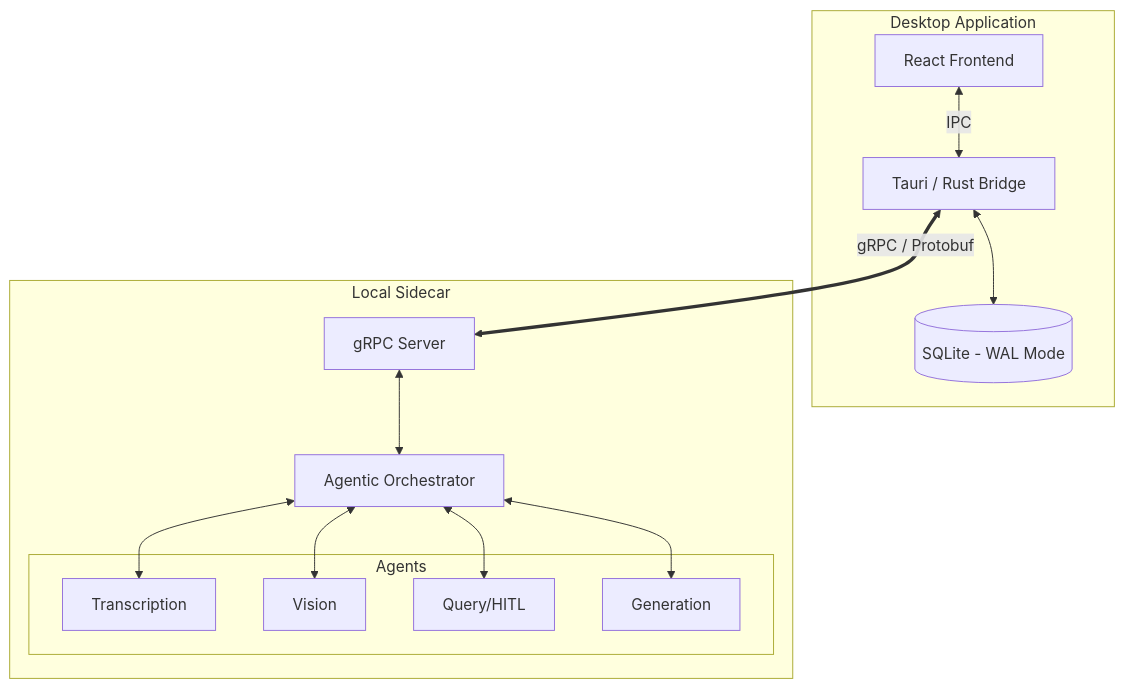
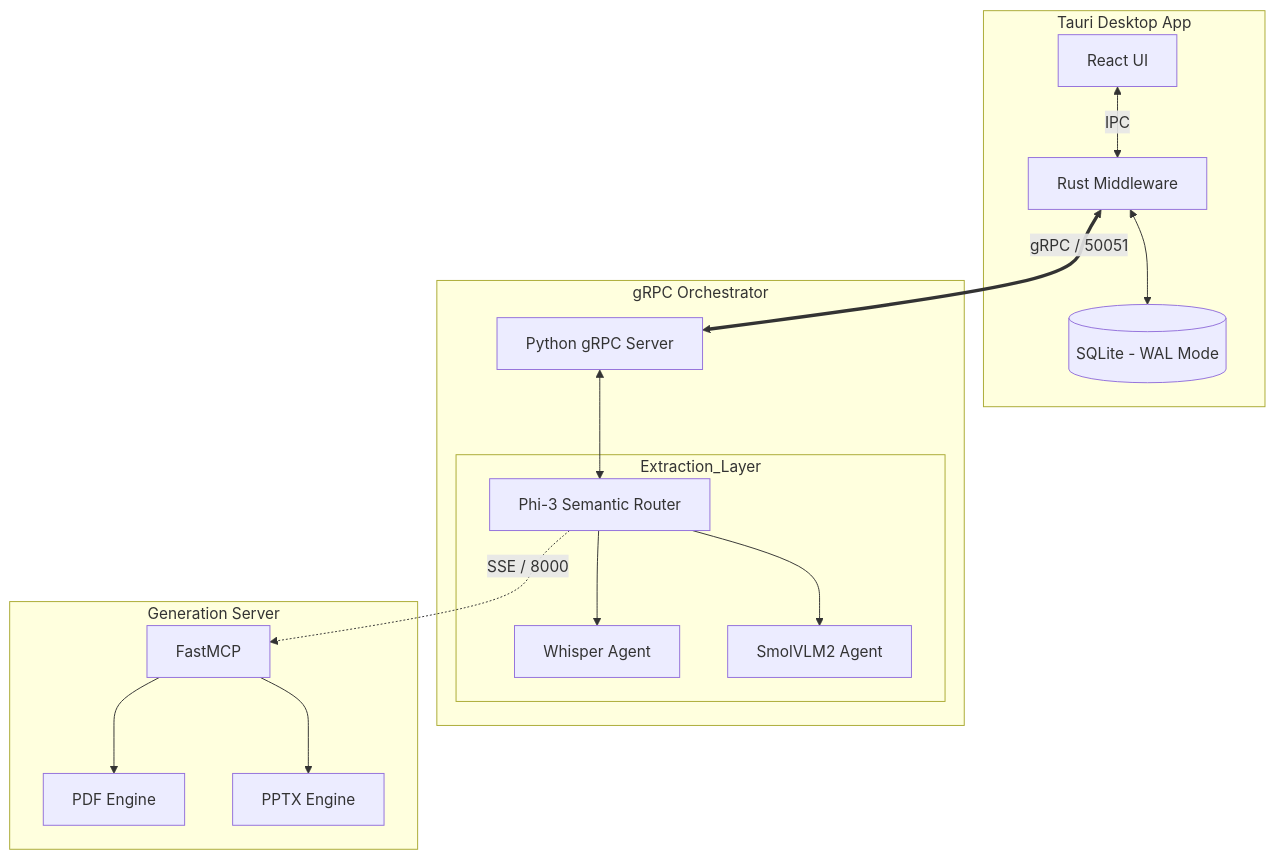
Before and after one commit to mahmadza/Intel-VDA-OpenVINO: the diagram in docs/architecture/architecture.md, drawn with Mermaid. The commit also changed other lines of this file and 11 other files, not shown here.

````diff
--- a/docs/architecture/architecture.md
+++ b/docs/architecture/architecture.md
@@ -28,25 +33,23 @@
 ```mermaid
 graph TD
-    subgraph Client_App [Desktop Application]
-        UI[React Frontend]
-        Rust[Tauri / Rust Bridge]
-        DB[(SQLite - WAL Mode)]
+    subgraph Client_App [Tauri Desktop App]
+        UI[React UI] <-->|IPC| RustBridge[Rust Middleware]
+        RustBridge <--> DB[(SQLite - WAL Mode)]
     end
 
-    subgraph AI_Engine [Local Sidecar]
-        Server[gRPC Server]
-        Orch[Agentic Orchestrator]
-        subgraph Agents
-            TA[Transcription]
-            VA[Vision]
-            QA[Query/HITL]
-            GA[Generation]
+    subgraph AI_Engine [gRPC Orchestrator]
+        RustBridge <==>|gRPC / 50051| Server[Python gRPC Server]
+        Server <--> Router[Phi-3 Semantic Router]
+        
+        subgraph Extraction_Layer
+            Router --> TA[Whisper Agent]
+            Router --> VA[SmolVLM2 Agent]
         end
     end
 
-    UI <-->|IPC| Rust
-    Rust <--> DB
-    Rust <==>|gRPC / Protobuf| Server
-    Server <--> Orch
-    Orch <--> TA & VA & QA & GA
+    subgraph MCP_Service [Generation Server]
+        Router -.->|SSE / 8000| MCPServer[FastMCP]
+        MCPServer --> PDF[PDF Engine]
+        MCPServer --> PPT[PPTX Engine]
+    end
 ```
````
